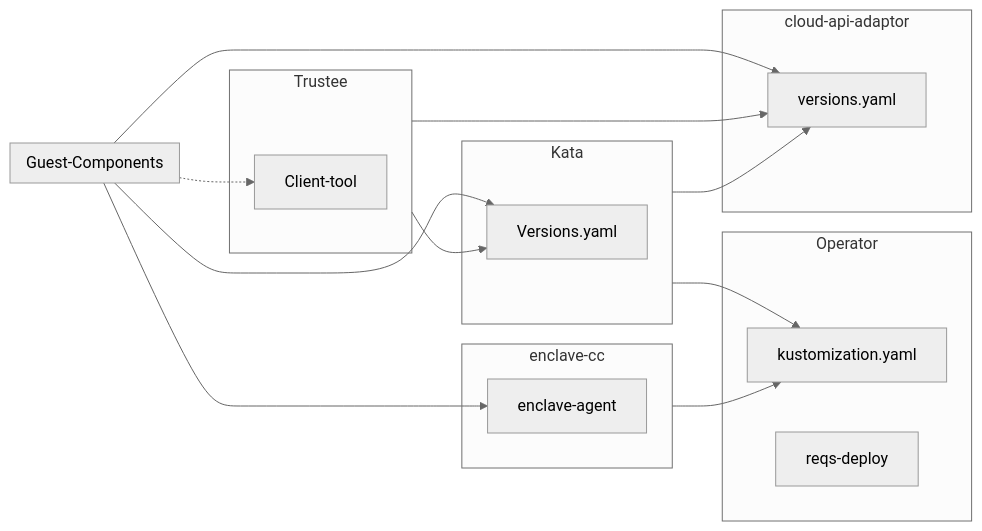
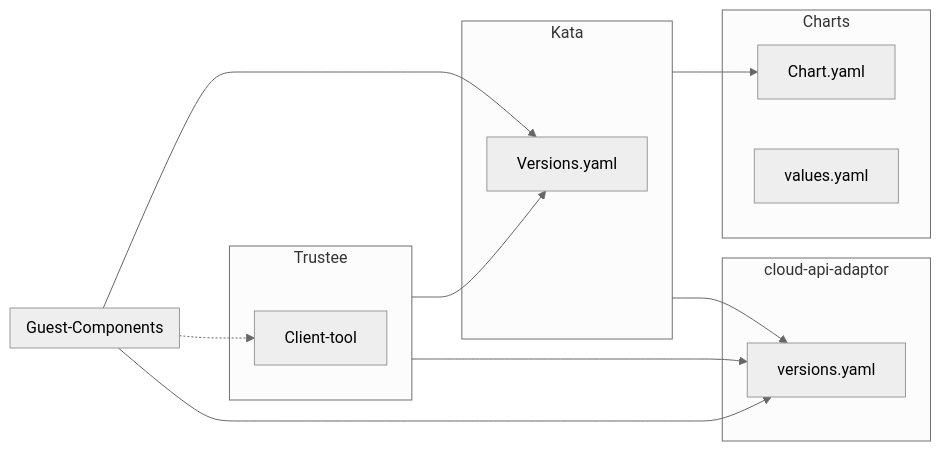
Before and after one commit to confidential-containers/confidentialcontainers.org: the fourth of 4 diagrams in content/en/docs/architecture/design-overview.md, drawn with Mermaid (neutral theme). The commit also changed other lines of this file and 7 other files, not shown here.

First line of the commit message:
docs: Replace Operator references with Helm charts

````diff
--- a/content/en/docs/architecture/design-overview.md
+++ b/content/en/docs/architecture/design-overview.md
@@ -200,31 +200,26 @@
 ```mermaid
 flowchart LR
     Trustee --> Versions.yaml
     Guest-Components --> Versions.yaml
-    Kata --> kustomization.yaml
+    Kata --> Chart.yaml
     Guest-Components .-> Client-tool
-    Guest-Components --> enclave-agent
-    enclave-cc --> kustomization.yaml
     Guest-Components --> versions.yaml
     Trustee --> versions.yaml
     Kata --> versions.yaml
 
     subgraph Kata
         Versions.yaml
     end
     subgraph Guest-Components
     end
     subgraph Trustee
         Client-tool
     end
-    subgraph enclave-cc
-        enclave-agent
-    end
-    subgraph Operator
-        kustomization.yaml
-        reqs-deploy
+    subgraph Charts
+        Chart.yaml
+        values.yaml
     end
     subgraph cloud-api-adaptor
         versions.yaml
     end
 ```
````
